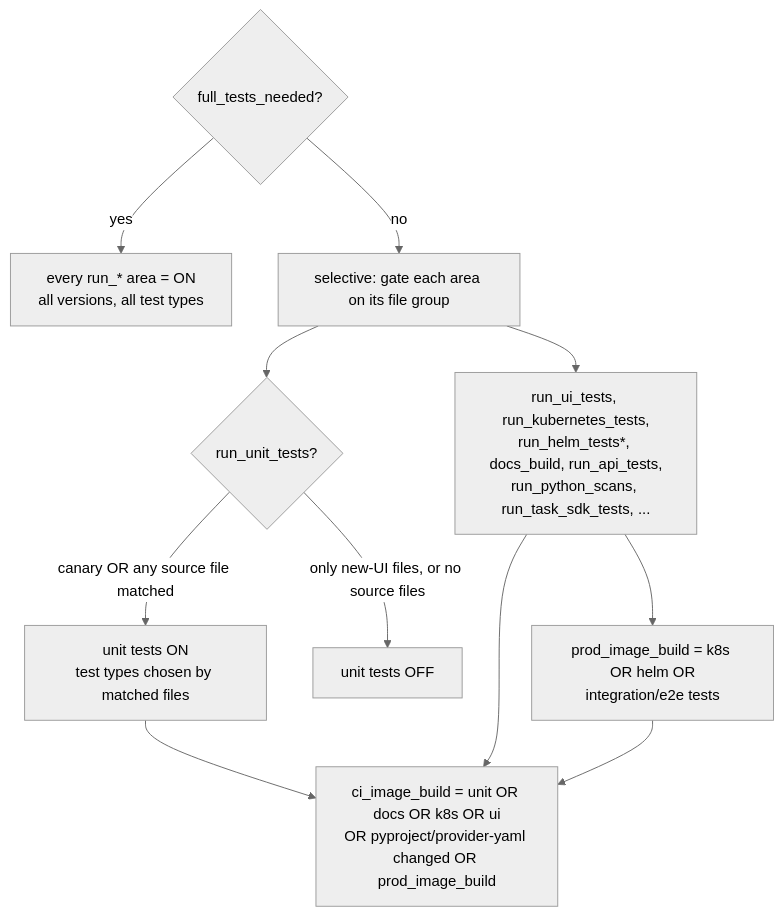
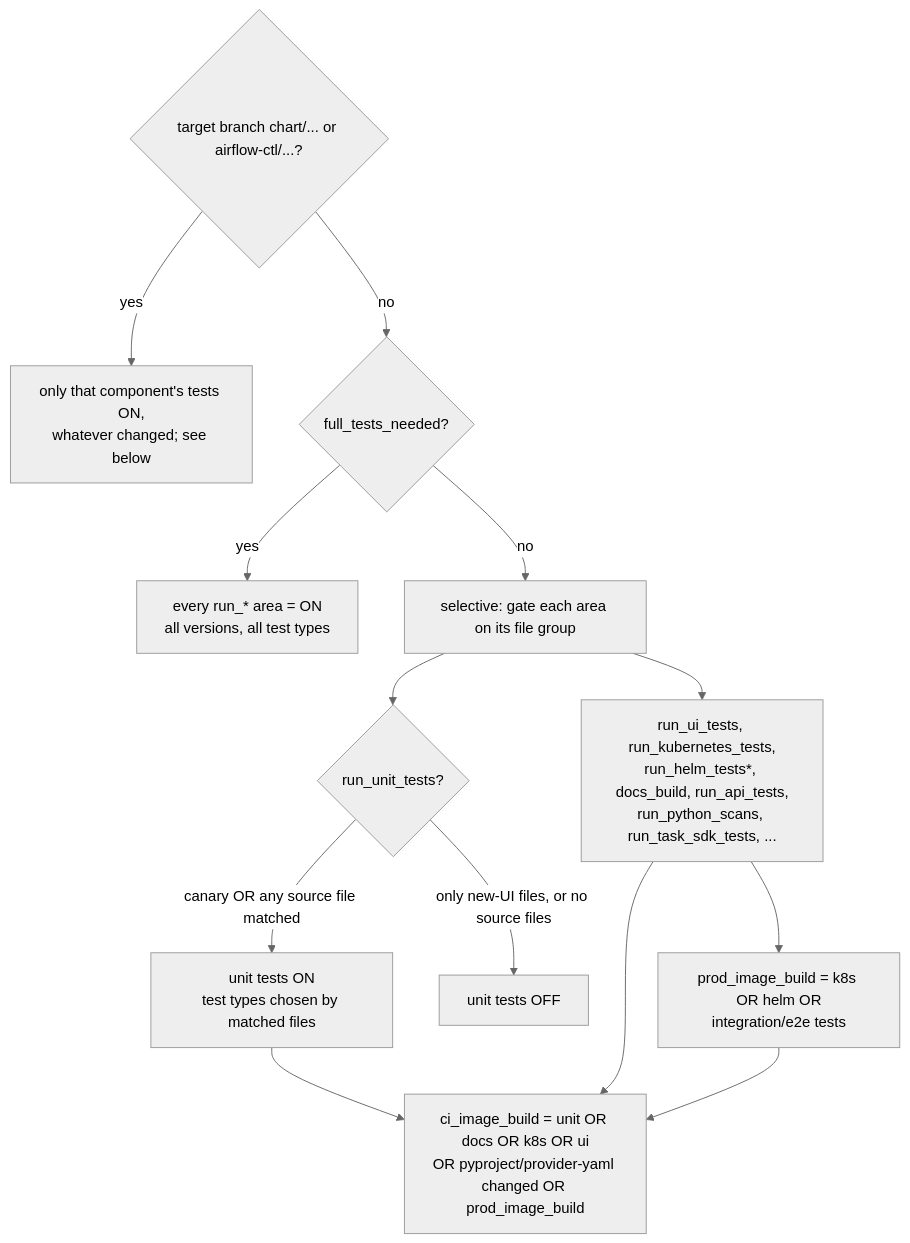
Before and after one commit to apache/airflow: the fourth of 5 diagrams in dev/breeze/doc/ci/04_selective_checks.md, drawn with Mermaid (neutral theme). The commit also changed other lines of this file and 8 other files, not shown here.

First line of the commit message:
Run only the component's tests on chart and airflow-ctl release branches

````diff
--- a/dev/breeze/doc/ci/04_selective_checks.md
+++ b/dev/breeze/doc/ci/04_selective_checks.md
@@ -205,14 +205,16 @@
 ```mermaid
 flowchart TD
+    CB{target branch chart/... or airflow-ctl/...?} -->|yes| COMP[only that component's tests ON,<br/>whatever changed; see below]
+    CB -->|no| FTN
     FTN{full_tests_needed?} -->|yes| ALL[every run_* area = ON<br/>all versions, all test types]
     FTN -->|no| SEL[selective: gate each area on its file group]
     SEL --> RUT{run_unit_tests?}
     RUT -->|canary OR any source file matched| UNIT[unit tests ON<br/>test types chosen by matched files]
     RUT -->|only new-UI files, or no source files| NOUNIT[unit tests OFF]
     SEL --> AREAS[run_ui_tests, run_kubernetes_tests,<br/>run_helm_tests*, docs_build, run_api_tests,<br/>run_python_scans, run_task_sdk_tests, ...]
     UNIT --> IMG
     AREAS --> IMG
     IMG[ci_image_build = unit OR docs OR k8s OR ui<br/>OR pyproject/provider-yaml changed OR prod_image_build]
     AREAS --> PROD[prod_image_build = k8s OR helm OR<br/>integration/e2e tests]
     PROD --> IMG
 ```
````
